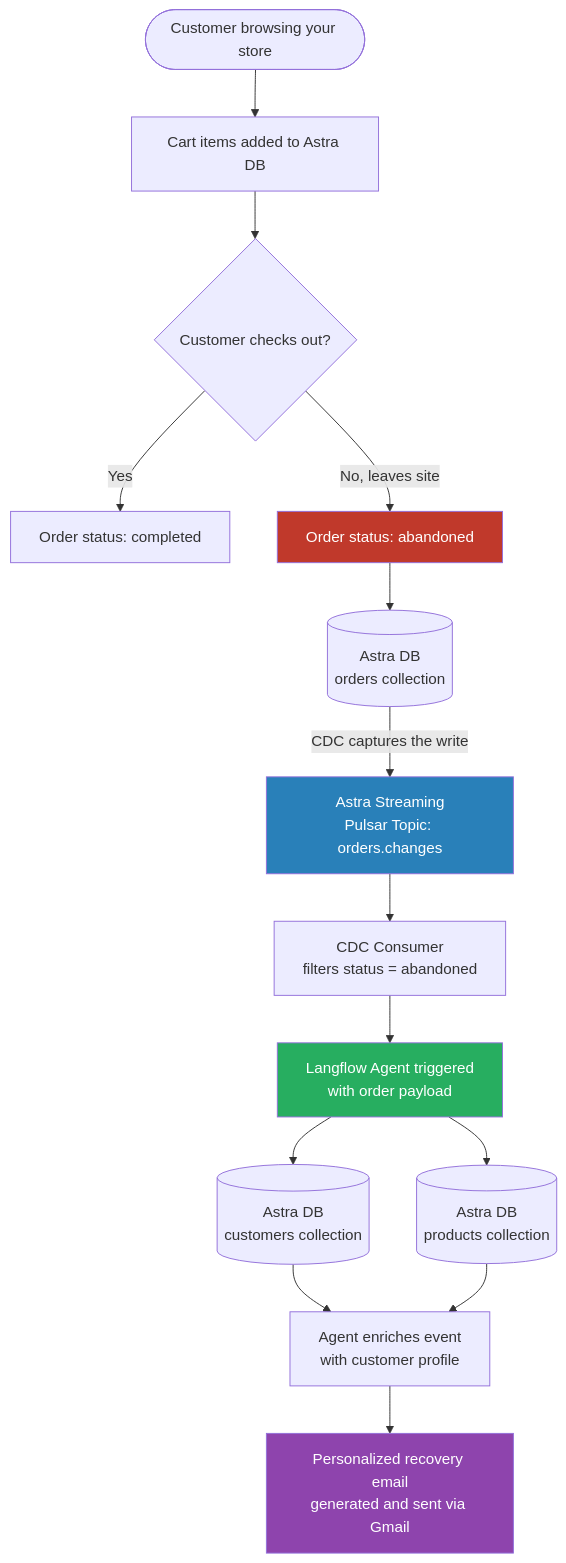
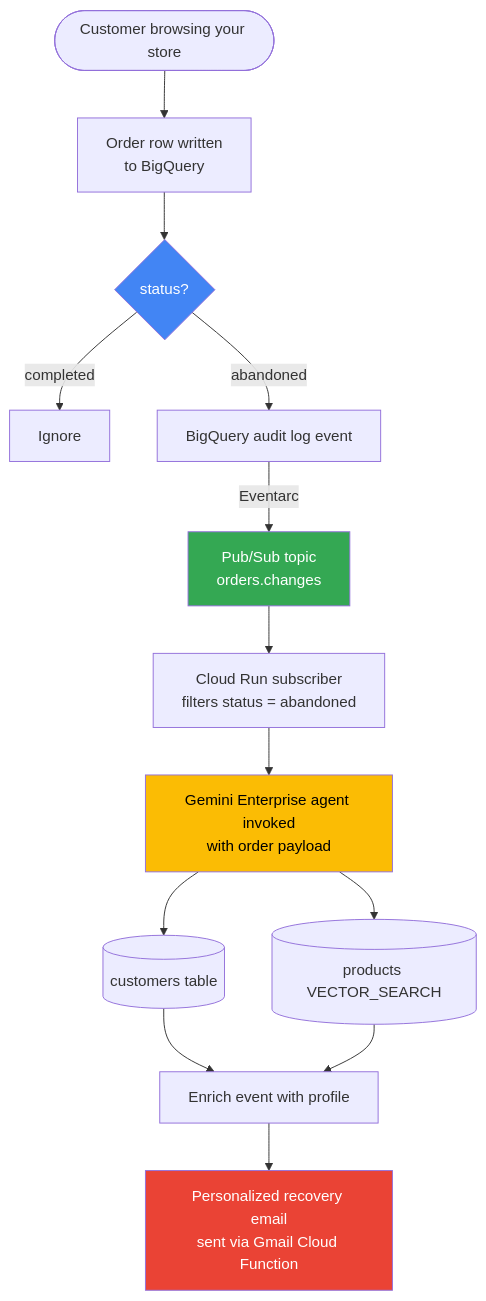
The third of 11 diagrams in public/workshops/workshop-retail.md (dambor/workshop-platform), drawn with Mermaid before and after one commit. The commit also changed other lines of this file and 150 other files, not shown here.

````diff
--- a/public/workshops/workshop-retail.md
+++ b/public/workshops/workshop-retail.md
@@ -621,24 +748,22 @@
 ```mermaid
 flowchart TD
-    A([Customer browsing your store]) --> B[Cart items added to Astra DB]
-    B --> C{Customer checks out?}
-    C -- Yes --> D[Order status: completed]
-    C -- No, leaves site --> E[Order status: abandoned]
+    A([Customer browsing your store]) --> B[Order row written\nto BigQuery]
+    B --> C{status?}
+    C -- completed --> X[Ignore]
+    C -- abandoned --> D[BigQuery audit log event]
 
-    E --> F[(Astra DB\norders collection)]
-    F -->|CDC captures the write| G[Astra Streaming\nPulsar Topic: orders.changes]
+    D -->|Eventarc| E[Pub/Sub topic\norders.changes]
+    E --> F[Cloud Run subscriber\nfilters status = abandoned]
+    F --> G[Gemini Enterprise agent invoked\nwith order payload]
 
-    G --> H[CDC Consumer\nfilters status = abandoned]
-    H --> I[Langflow Agent triggered\nwith order payload]
+    G --> H[(customers table)]
+    G --> I[(products VECTOR_SEARCH)]
+    H --> J[Enrich event with profile]
+    I --> J
+    J --> K[Personalized recovery email\nsent via Gmail Cloud Function]
 
-    I --> J[(Astra DB\ncustomers collection)]
-    I --> K[(Astra DB\nproducts collection)]
-    J --> L[Agent enriches event\nwith customer profile]
-    K --> L
-    L --> M[Personalized recovery email\ngenerated and sent via Gmail]
-
-    style E fill:#c0392b,color:#fff
-    style G fill:#2980b9,color:#fff
-    style I fill:#27ae60,color:#fff
-    style M fill:#8e44ad,color:#fff
+    style C fill:#4285F4,color:#fff
+    style E fill:#34A853,color:#fff
+    style G fill:#FBBC04,color:#000
+    style K fill:#EA4335,color:#fff
 ```
````
